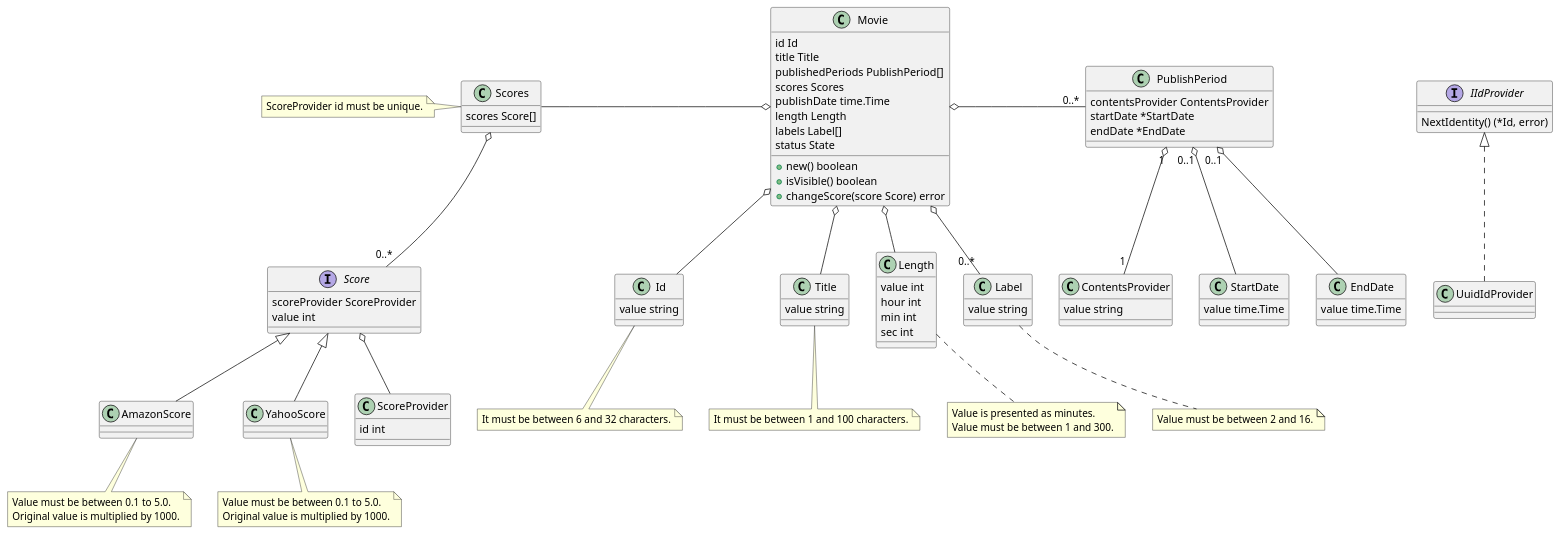
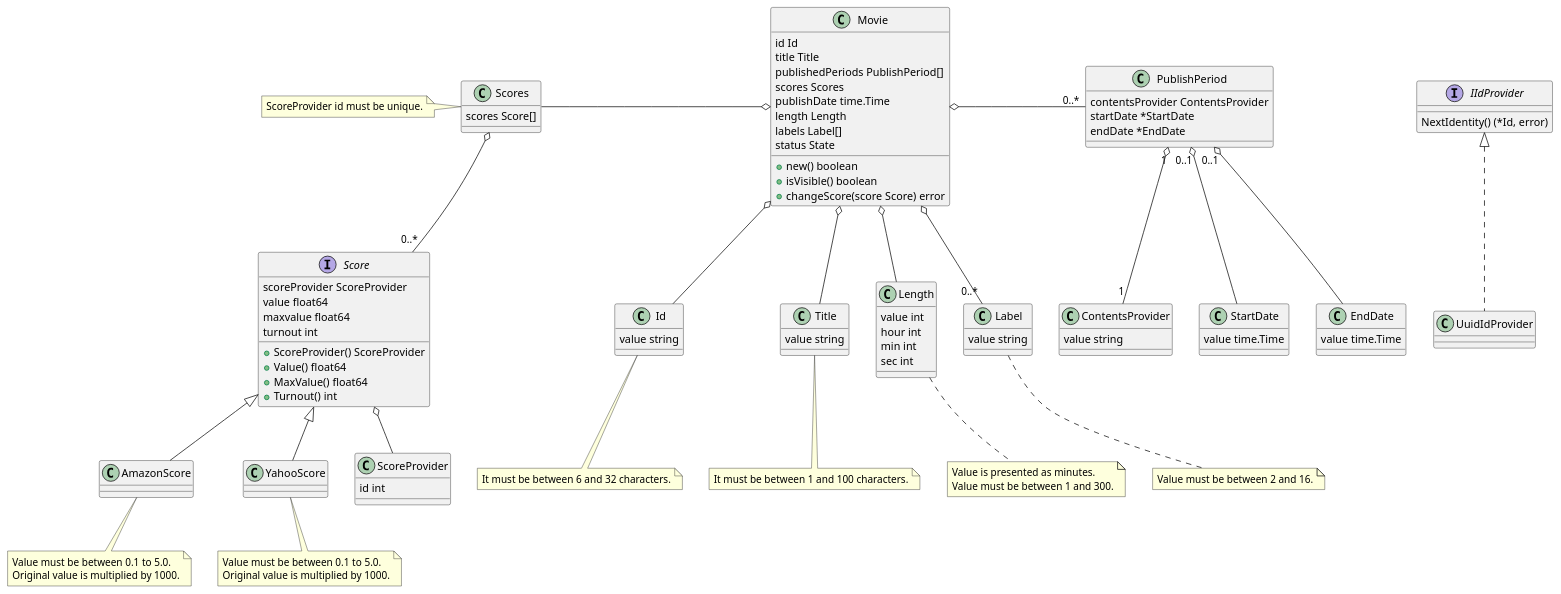
Before and after one commit to jupemara/ddd-guys: the diagram in hackathon/doc/movie.pu, drawn with PlantUML. The commit also changed 4 other files, not shown here.

```diff
--- a/hackathon/doc/movie.pu
+++ b/hackathon/doc/movie.pu
@@ -1,127 +1,134 @@
 @startuml
 
 class Movie {
     id Id
     title Title
     publishedPeriods PublishPeriod[]
     scores Scores
     publishDate time.Time
     length Length
     labels Label[]
     status State
 
     +new() boolean
     +isVisible() boolean
     +changeScore(score Score) error
 }
 
 class Scores {
     scores Score[]
 }
 
 note left of Scores
     ScoreProvider id must be unique.
 end note
 
 class Id {
     value string
 }
 
 note bottom of Id
     It must be between 6 and 32 characters.
 end note
 
 class Title {
     value string
 }
 
 note bottom of Title
     It must be between 1 and 100 characters.
 end note
 
 class Length {
     value int
     hour int
     min int
     sec int
 }
 
 note bottom of Length
     Value is presented as minutes.
     Value must be between 1 and 300.
 end note
 
 class Label {
     value string
 }
 
 note bottom of Label
     Value must be between 2 and 16.
 end note
 
 class PublishPeriod {
     contentsProvider ContentsProvider
     startDate *StartDate
     endDate *EndDate
 }
 
 class ContentsProvider {
     value string
 }
 
 class StartDate {
     value time.Time
 }
 
 class EndDate {
     value time.Time
 }
 
 interface Score {
     scoreProvider ScoreProvider
-    value int
+    value float64
+    maxvalue float64
+    turnout int
+
+    +ScoreProvider() ScoreProvider
+    +Value() float64
+    +MaxValue() float64
+    +Turnout() int
 }
 
 class AmazonScore {
 }
 
 note bottom of AmazonScore
     Value must be between 0.1 to 5.0.
     Original value is multiplied by 1000.
 end note
 
 class YahooScore {
 }
 
 note bottom of YahooScore
     Value must be between 0.1 to 5.0.
     Original value is multiplied by 1000.
 end note
 
 class ScoreProvider {
     id int
 }
 
 interface IIdProvider {
     NextIdentity() (*Id, error)
 }
 
 class UuidIdProvider {
 }
 
 Movie o-- Id
 Movie o-- Title
 Movie o-- Length
 Movie o-right- "0..*" PublishPeriod
 Movie o-- "0..*" Label
 Movie o-left- Scores
 Scores o-- "0..*" Score
 Score o-- ScoreProvider
 Score <|-- AmazonScore
 Score <|-- YahooScore
 PublishPeriod "0..1" o-- StartDate
 PublishPeriod "0..1" o-- EndDate
 PublishPeriod "1" o-- "1" ContentsProvider
 IIdProvider <|.. UuidIdProvider
 
 @enduml
```
